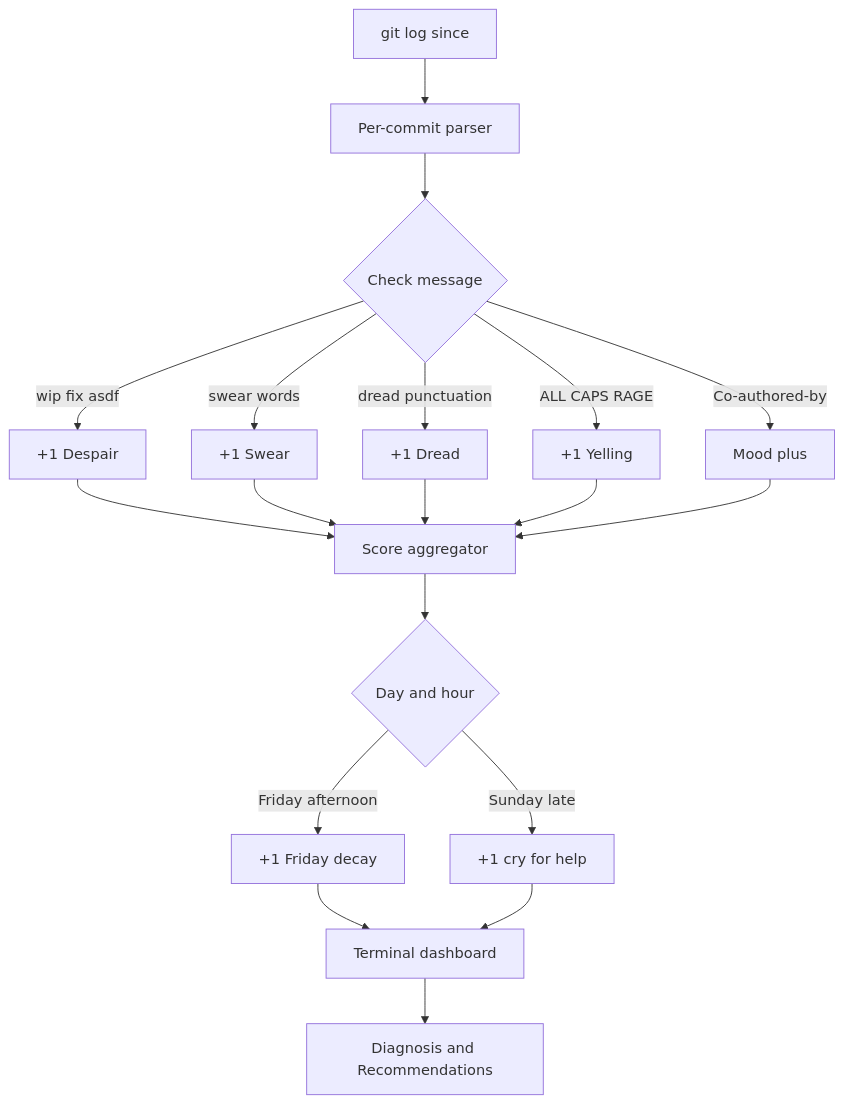
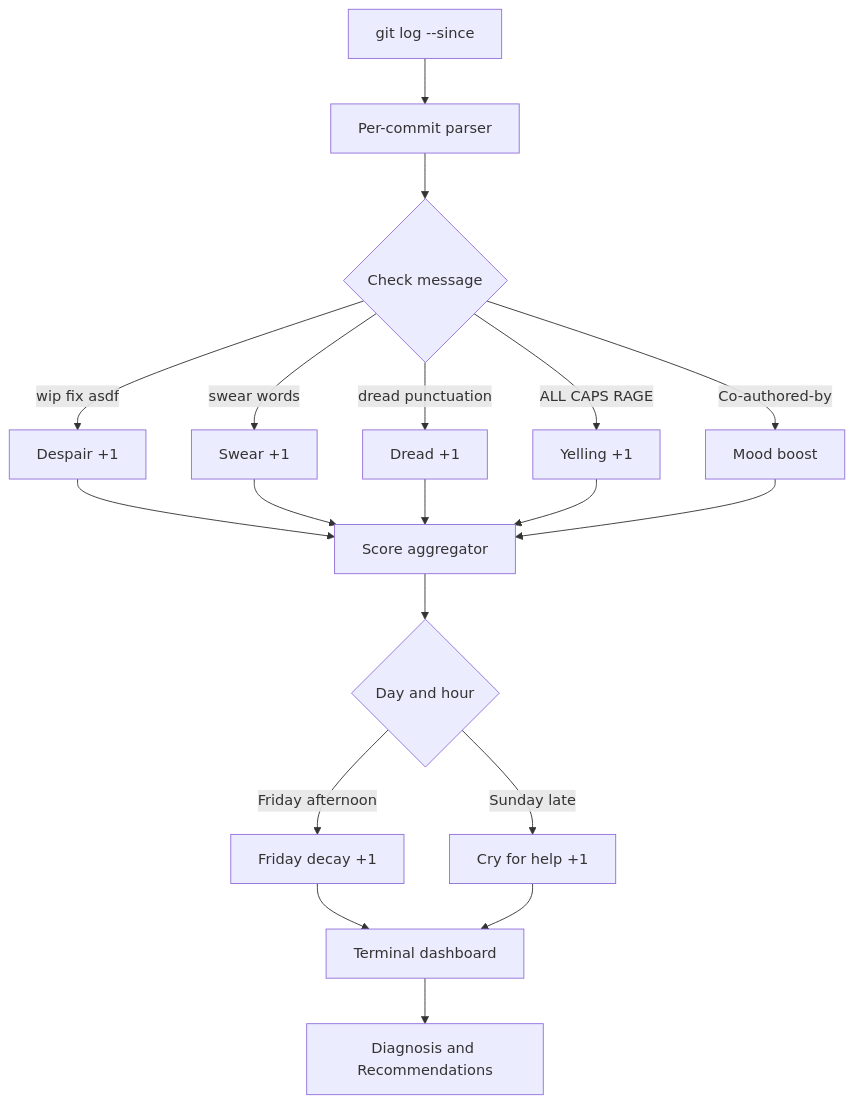
Before and after one commit to kevin-sigmoid-org/commit-mood-ring: the second of 3 diagrams in README.md, drawn with Mermaid.

Commit message:
docs: quote all flowchart labels and move +1 to suffix
The Mermaid parser was choking on labels starting with '+1' because '+'
at the start of a node label is read as a shape operator. Moved '+1' to
the end and quoted every node and edge label to make the syntax fully
unambiguous regardless of the renderer version GitHub serves.

````diff
--- a/README.md
+++ b/README.md
@@ -101,21 +101,21 @@
 ```mermaid
 flowchart TD
-    A[git log since] --> B[Per-commit parser]
-    B --> C{Check message}
-    C -->|wip fix asdf| D[+1 Despair]
-    C -->|swear words| E[+1 Swear]
-    C -->|dread punctuation| F[+1 Dread]
-    C -->|ALL CAPS RAGE| G[+1 Yelling]
-    C -->|Co-authored-by| H[Mood plus]
-    D --> I[Score aggregator]
+    A["git log --since"] --> B["Per-commit parser"]
+    B --> C{"Check message"}
+    C -->|"wip fix asdf"| D["Despair +1"]
+    C -->|"swear words"| E["Swear +1"]
+    C -->|"dread punctuation"| F["Dread +1"]
+    C -->|"ALL CAPS RAGE"| G["Yelling +1"]
+    C -->|"Co-authored-by"| H["Mood boost"]
+    D --> I["Score aggregator"]
     E --> I
     F --> I
     G --> I
     H --> I
-    I --> J{Day and hour}
-    J -->|Friday afternoon| K[+1 Friday decay]
-    J -->|Sunday late| L[+1 cry for help]
-    K --> M[Terminal dashboard]
+    I --> J{"Day and hour"}
+    J -->|"Friday afternoon"| K["Friday decay +1"]
+    J -->|"Sunday late"| L["Cry for help +1"]
+    K --> M["Terminal dashboard"]
     L --> M
-    M --> N[Diagnosis and Recommendations]
+    M --> N["Diagnosis and Recommendations"]
 ```
````
